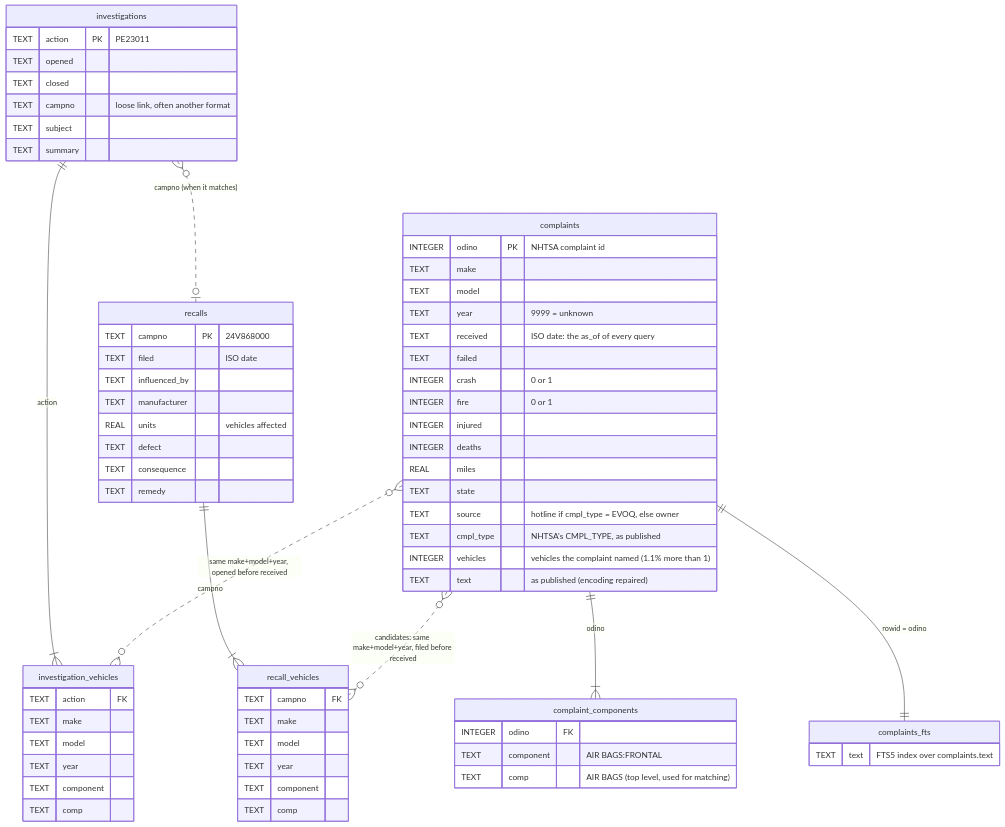
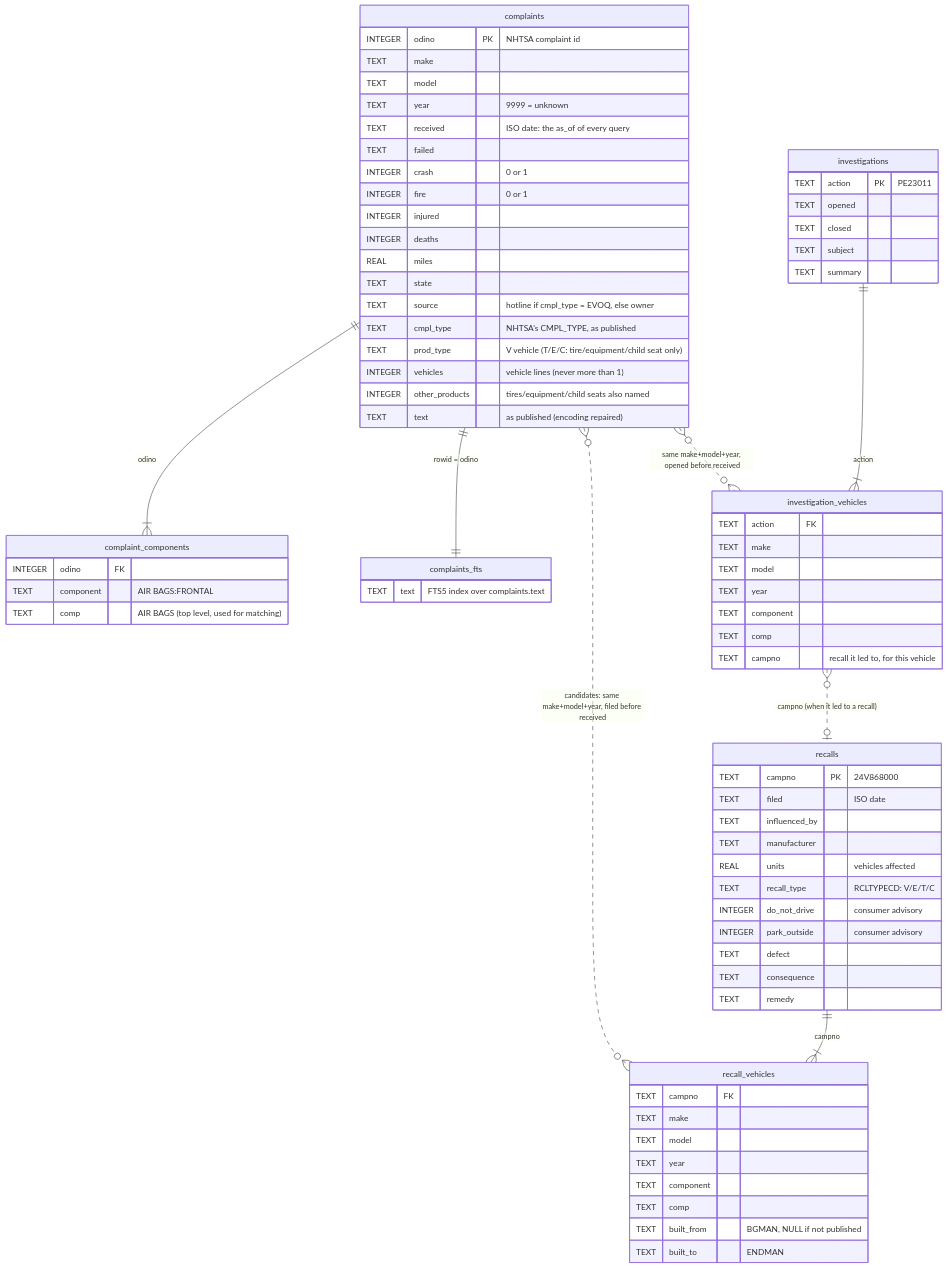
Before and after one commit to vudat1710/nhtsa: the first of 3 diagrams in docs/DATA_MODEL.md, drawn with Mermaid. The commit also changed other lines of this file and 53 other files, not shown here.

````diff
--- a/docs/DATA_MODEL.md
+++ b/docs/DATA_MODEL.md
@@ -17,72 +17,79 @@
 ```mermaid
 %% diagram: nhtsa
 erDiagram
     complaints ||--|{ complaint_components : "odino"
     complaints ||--|| complaints_fts : "rowid = odino"
     recalls ||--|{ recall_vehicles : "campno"
     investigations ||--|{ investigation_vehicles : "action"
-    investigations }o..o| recalls : "campno (when it matches)"
+    investigation_vehicles }o..o| recalls : "campno (when it led to a recall)"
     complaints }o..o{ recall_vehicles : "candidates: same make+model+year, filed before received"
     complaints }o..o{ investigation_vehicles : "same make+model+year, opened before received"
 
     complaints {
         INTEGER odino PK "NHTSA complaint id"
         TEXT make
         TEXT model
         TEXT year "9999 = unknown"
         TEXT received "ISO date: the as_of of every query"
         TEXT failed
         INTEGER crash "0 or 1"
         INTEGER fire "0 or 1"
         INTEGER injured
         INTEGER deaths
         REAL miles
         TEXT state
         TEXT source "hotline if cmpl_type = EVOQ, else owner"
         TEXT cmpl_type "NHTSA's CMPL_TYPE, as published"
-        INTEGER vehicles "vehicles the complaint named (1.1% more than 1)"
+        TEXT prod_type "V vehicle (T/E/C: tire/equipment/child seat only)"
+        INTEGER vehicles "vehicle lines (never more than 1)"
+        INTEGER other_products "tires/equipment/child seats also named"
         TEXT text "as published (encoding repaired)"
     }
     complaint_components {
         INTEGER odino FK
         TEXT component "AIR BAGS:FRONTAL"
         TEXT comp "AIR BAGS (top level, used for matching)"
     }
     complaints_fts {
         TEXT text "FTS5 index over complaints.text"
     }
     recalls {
         TEXT campno PK "24V868000"
         TEXT filed "ISO date"
         TEXT influenced_by
         TEXT manufacturer
         REAL units "vehicles affected"
+        TEXT recall_type "RCLTYPECD: V/E/T/C"
+        INTEGER do_not_drive "consumer advisory"
+        INTEGER park_outside "consumer advisory"
         TEXT defect
         TEXT consequence
         TEXT remedy
     }
     recall_vehicles {
         TEXT campno FK
         TEXT make
         TEXT model
         TEXT year
         TEXT component
         TEXT comp
+        TEXT built_from "BGMAN, NULL if not published"
+        TEXT built_to "ENDMAN"
     }
     investigations {
         TEXT action PK "PE23011"
         TEXT opened
         TEXT closed
-        TEXT campno "loose link, often another format"
         TEXT subject
         TEXT summary
     }
     investigation_vehicles {
         TEXT action FK
         TEXT make
         TEXT model
         TEXT year
         TEXT component
         TEXT comp
+        TEXT campno "recall it led to, for this vehicle"
     }
 ```
````
